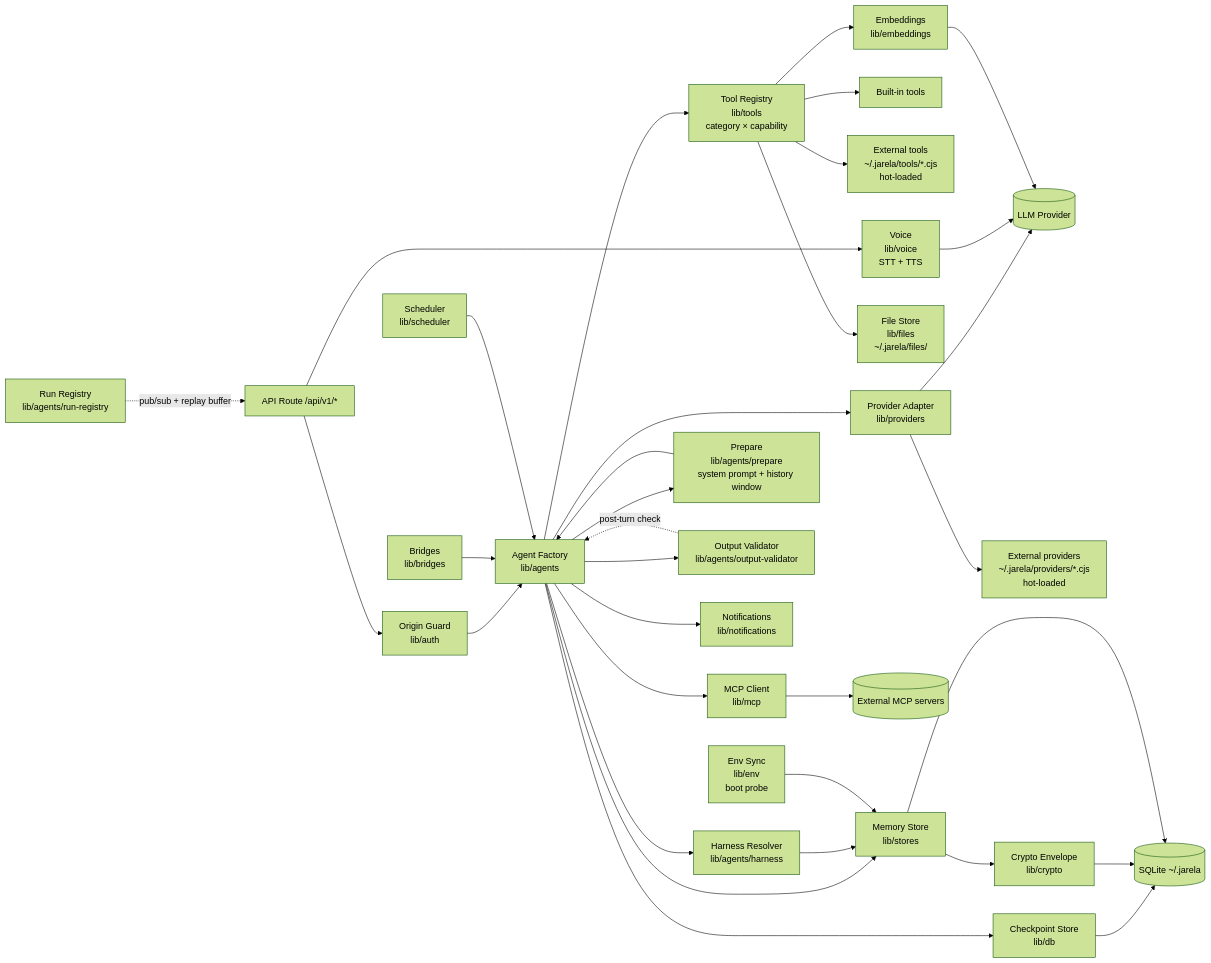
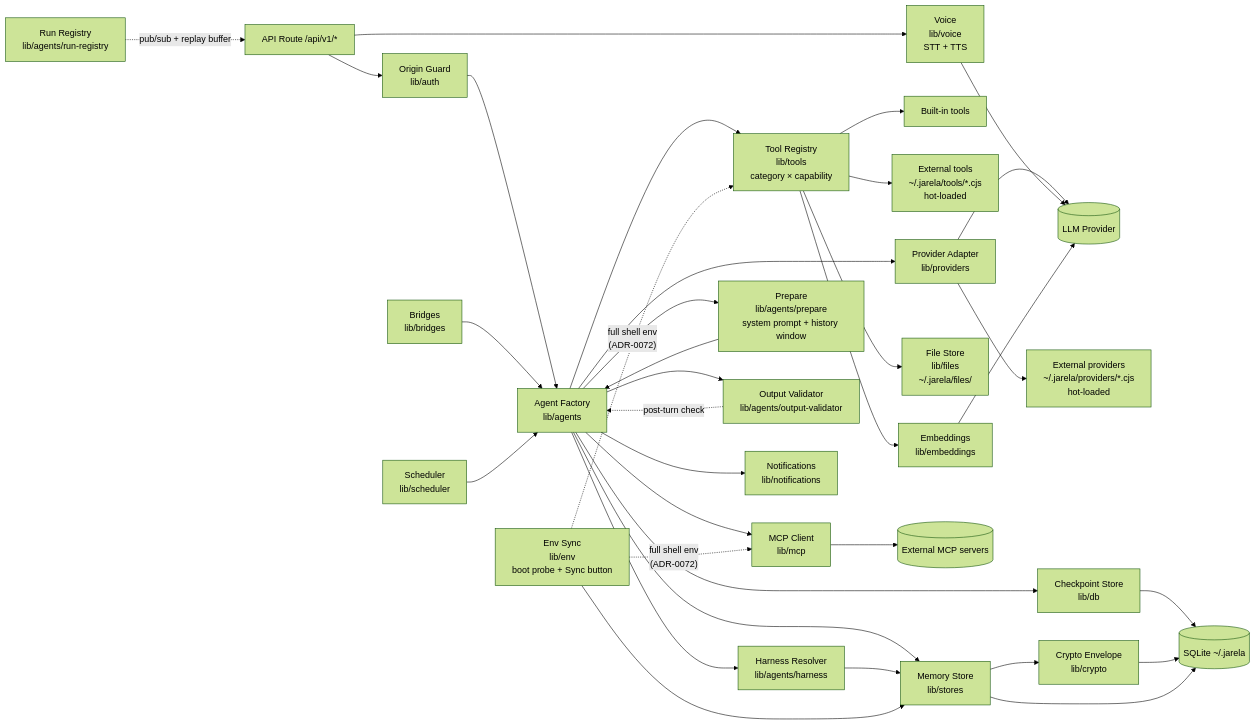
One commit to CircuitWall/jarela changed the second of 8 diagrams in docs/ARCHITECTURE.md. Above: the diagram before and after it, drawn with Mermaid (forest theme). The commit also changed other lines of this file and 9 other files, not shown here.

First line of the commit message:
fix(env-sync): give every spawned subprocess the user's full shell env

````diff
--- a/docs/ARCHITECTURE.md
+++ b/docs/ARCHITECTURE.md
@@ -106,35 +106,37 @@
 ```mermaid
 flowchart LR
     A[API Route /api/v1/*] --> G0[Origin Guard<br/>lib/auth]
     G0 --> B[Agent Factory<br/>lib/agents]
     B --> C[Provider Adapter<br/>lib/providers]
     B --> D[Tool Registry<br/>lib/tools<br/>category × capability]
     B --> E[MCP Client<br/>lib/mcp]
     C --> F[(LLM Provider)]
     C --> XP[External providers<br/>~/.jarela/providers/*.cjs<br/>hot-loaded]
     D --> G[Built-in tools]
     D --> XT[External tools<br/>~/.jarela/tools/*.cjs<br/>hot-loaded]
     D --> EM[Embeddings<br/>lib/embeddings]
     D --> FS[File Store<br/>lib/files<br/>~/.jarela/files/]
     A --> V[Voice<br/>lib/voice<br/>STT + TTS]
     V --> F
     EM --> F
     E --> H[(External MCP servers)]
     B --> I[Checkpoint Store<br/>lib/db]
     I --> J[(SQLite ~/.jarela)]
     B --> K[Memory Store<br/>lib/stores]
     B --> HR[Harness Resolver<br/>lib/agents/harness]
     HR --> K
     B --> PR[Prepare<br/>lib/agents/prepare<br/>system prompt + history window]
     PR --> B
     B --> OV[Output Validator<br/>lib/agents/output-validator]
     OV -.post-turn check.-> B
     K --> CR[Crypto Envelope<br/>lib/crypto]
     CR --> J
     K --> J
     B --> L[Notifications<br/>lib/notifications]
     BR[Bridges<br/>lib/bridges] --> B
     SC[Scheduler<br/>lib/scheduler] --> B
-    EN[Env Sync<br/>lib/env<br/>boot probe] --> K
+    EN[Env Sync<br/>lib/env<br/>boot probe + Sync button] --> K
+    EN -."full shell env<br/>(ADR-0072)".-> D
+    EN -."full shell env<br/>(ADR-0072)".-> E
     RR[Run Registry<br/>lib/agents/run-registry] -.pub/sub + replay buffer.-> A
 ```
````
